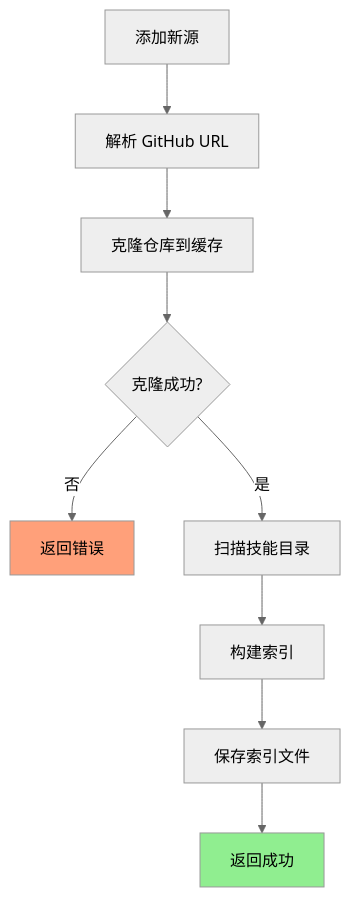
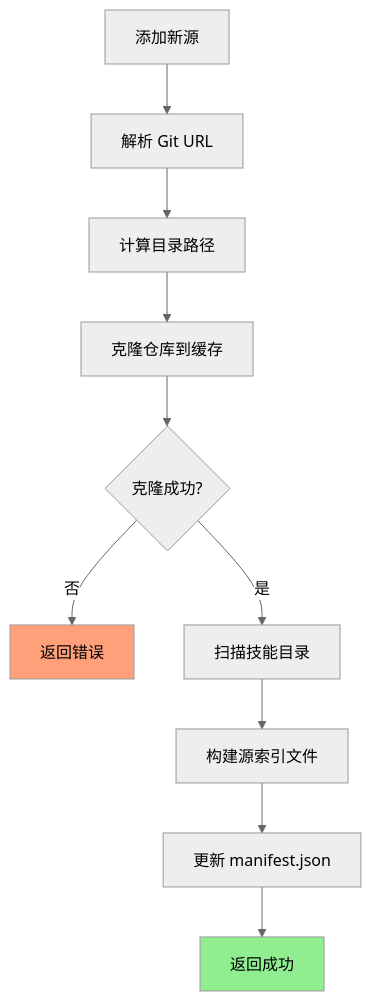
The tenth of 25 diagrams in docs/02-设计/20260114-10-sx-market设计.md (shetengteng/skillix-mcp), drawn with Mermaid (neutral theme) before and after one commit. The commit also changed other lines of this file, not shown here.

````diff
--- a/docs/02-设计/20260114-10-sx-market设计.md
+++ b/docs/02-设计/20260114-10-sx-market设计.md
@@ -631,16 +667,17 @@
 ```mermaid
 flowchart TD
-    A[添加新源] --> B[解析 GitHub URL]
-    B --> C[克隆仓库到缓存]
-    C --> D{克隆成功?}
+    A[添加新源] --> B[解析 Git URL]
+    B --> C[计算目录路径]
+    C --> D[克隆仓库到缓存]
+    D --> E{克隆成功?}
     
-    D -->|否| E[返回错误]
-    D -->|是| F[扫描技能目录]
+    E -->|否| F[返回错误]
+    E -->|是| G[扫描技能目录]
     
-    F --> G[构建索引]
-    G --> H[保存索引文件]
-    H --> I[返回成功]
+    G --> H[构建源索引文件]
+    H --> I[更新 manifest.json]
+    I --> J[返回成功]
     
-    style I fill:#90EE90
-    style E fill:#FFA07A
+    style J fill:#90EE90
+    style F fill:#FFA07A
 ```
````
